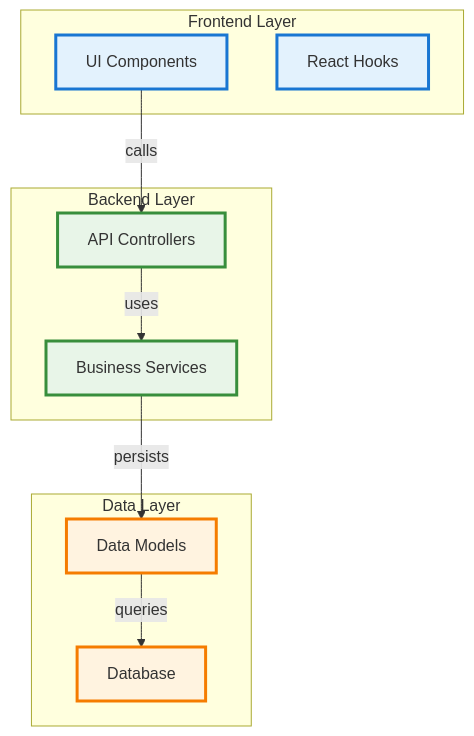
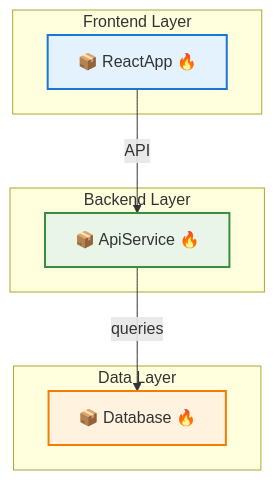
The second of 2 diagrams in README.md (samjhill/diagrammer), drawn with Mermaid before and after one commit. The commit also changed other lines of this file and 1 other file, not shown here.

````diff
--- a/README.md
+++ b/README.md
@@ -249,26 +232,24 @@
 ```mermaid
-graph TB
-  classDef frontend fill:#e3f2fd,stroke:#1976d2,stroke-width:3px
-  classDef backend fill:#e8f5e8,stroke:#388e3c,stroke-width:3px
-  classDef data fill:#fff3e0,stroke:#f57c00,stroke-width:3px
+graph TD
+  classDef frontend fill:#e3f2fd,stroke:#1976d2,stroke-width:2px
+  classDef backend fill:#e8f5e8,stroke:#388e3c,stroke-width:2px
+  classDef data fill:#fff3e0,stroke:#f57c00,stroke-width:2px
   
   subgraph frontend["Frontend Layer"]
-    UI["UI Components"]:::frontend
-    Hooks["React Hooks"]:::frontend
+    ReactApp["📦 ReactApp 🔥"]
   end
   
   subgraph backend["Backend Layer"]
-    API["API Controllers"]:::backend
-    Services["Business Services"]:::backend
+    ApiService["📦 ApiService 🔥"]
   end
   
   subgraph data["Data Layer"]
-    Models["Data Models"]:::data
-    Database["Database"]:::data
+    Database["📦 Database 🔥"]
   end
   
-  UI -->|calls| API
-  API -->|uses| Services
-  Services -->|persists| Models
-  Models -->|queries| Database
+  ReactApp:::frontend
+  ApiService:::backend
+  Database:::data
+  ReactApp -->|API| ApiService
+  ApiService -->|queries| Database
 ```
````
